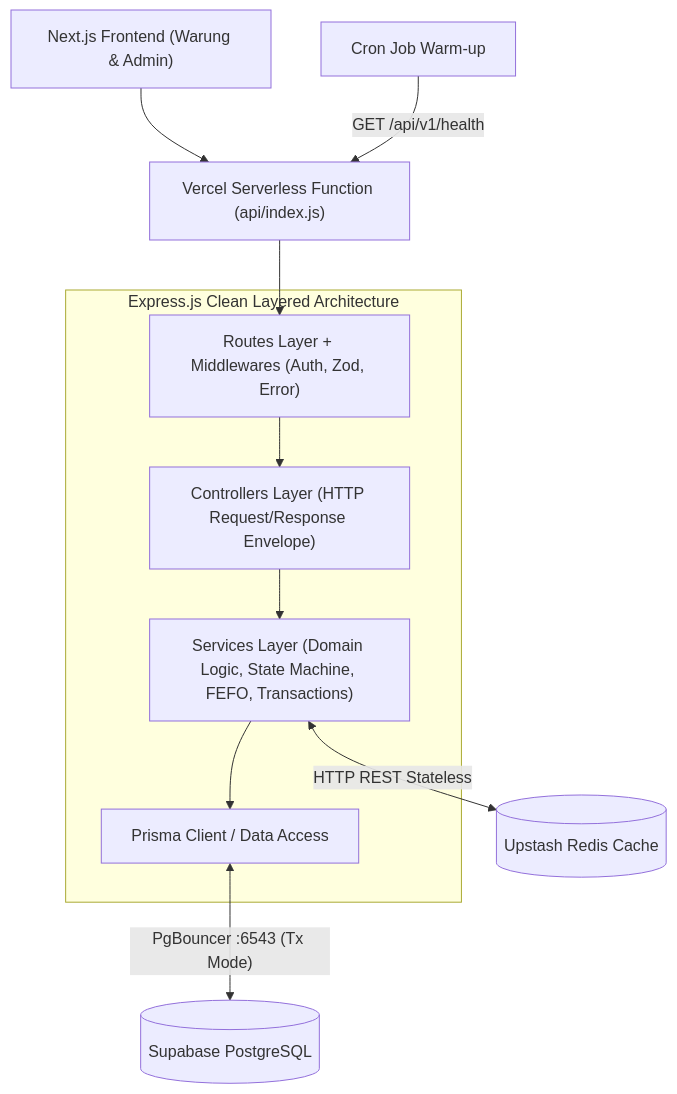
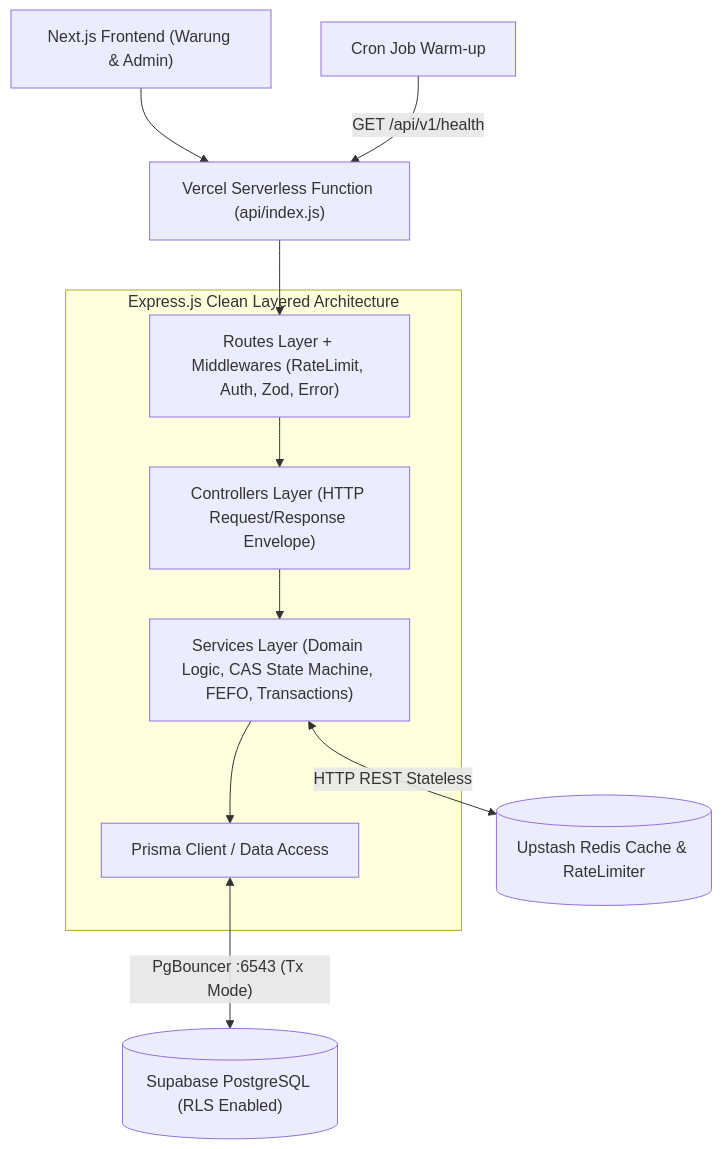
Before and after one commit to AryaKhaslana/InbiscoMitraHub: the diagram in .memory-bank/systemPatterns.md, drawn with Mermaid. The commit also changed other lines of this file and 19 other files, not shown here.

````diff
--- a/.memory-bank/systemPatterns.md
+++ b/.memory-bank/systemPatterns.md
@@ -5,17 +5,17 @@
 ```mermaid
 flowchart TD
     Client["Next.js Frontend (Warung & Admin)"] --> Vercel["Vercel Serverless Function (api/index.js)"]
     Cron["Cron Job Warm-up"] -->|"GET /api/v1/health"| Vercel
     
     subgraph Backend["Express.js Clean Layered Architecture"]
-        Routes["Routes Layer + Middlewares (Auth, Zod, Error)"]
+        Routes["Routes Layer + Middlewares (RateLimit, Auth, Zod, Error)"]
         Controllers["Controllers Layer (HTTP Request/Response Envelope)"]
-        Services["Services Layer (Domain Logic, State Machine, FEFO, Transactions)"]
+        Services["Services Layer (Domain Logic, CAS State Machine, FEFO, Transactions)"]
         DBLayer["Prisma Client / Data Access"]
         Routes --> Controllers --> Services --> DBLayer
     end
     
     Vercel --> Routes
-    Services <-->|"HTTP REST Stateless"| Redis[("Upstash Redis Cache")]
-    DBLayer <-->|"PgBouncer :6543 (Tx Mode)"| Supabase[("Supabase PostgreSQL")]
+    Services <-->|"HTTP REST Stateless"| Redis[("Upstash Redis Cache & RateLimiter")]
+    DBLayer <-->|"PgBouncer :6543 (Tx Mode)"| Supabase[("Supabase PostgreSQL (RLS Enabled)")]
 ```
````
